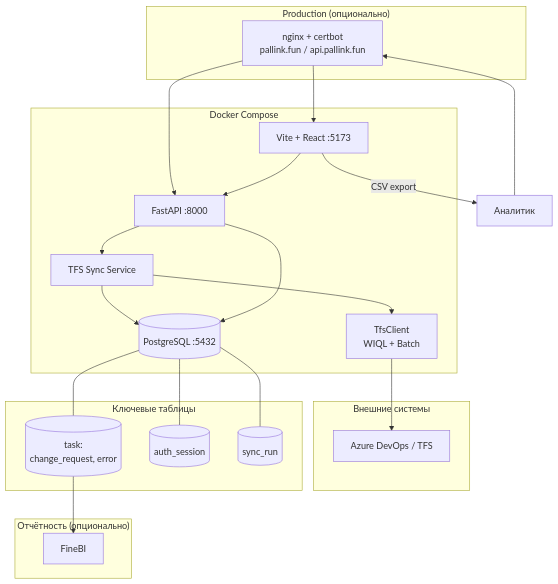
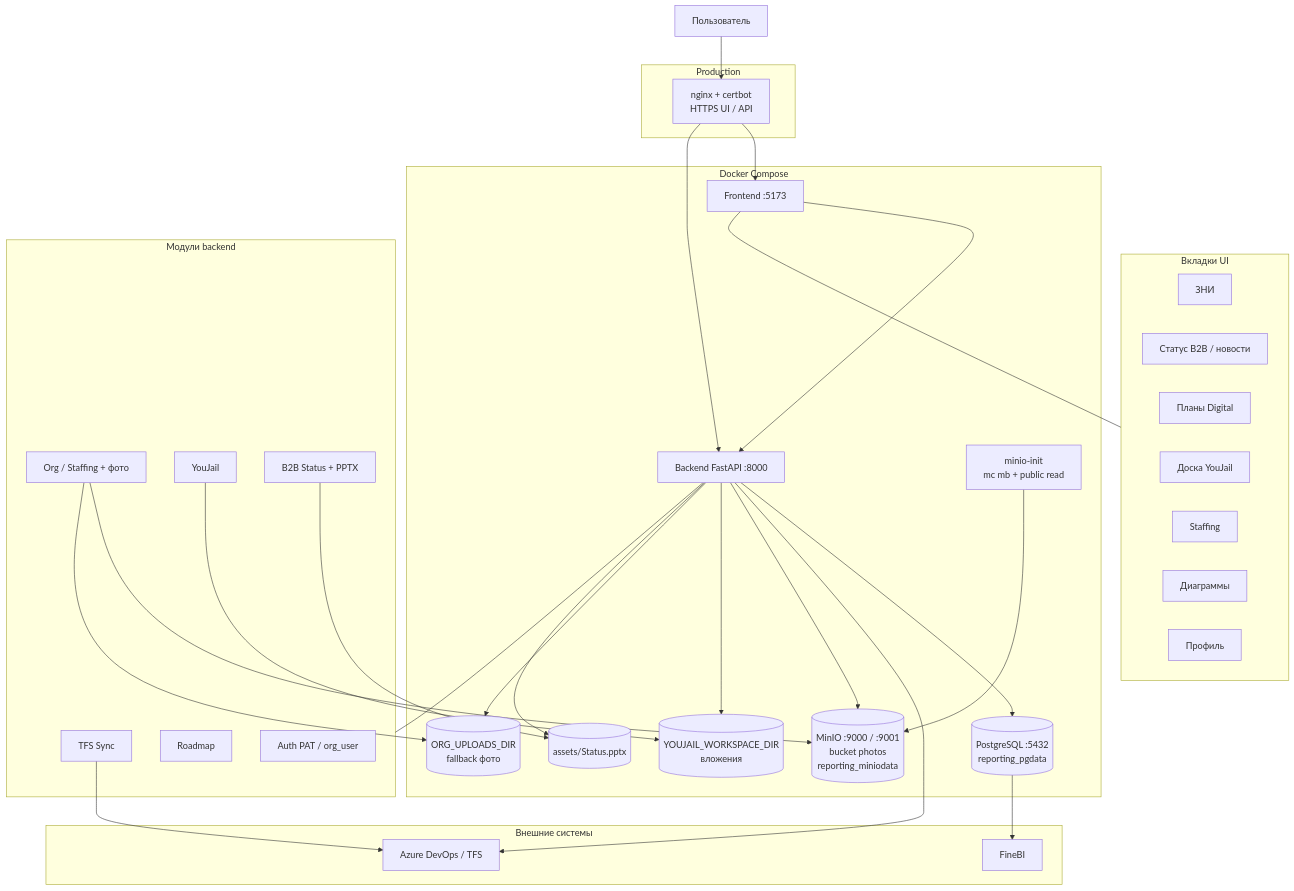
One commit to volchonok16/reporting changed the first of 9 diagrams in docs/diagrams.md. Above: the diagram before and after it, drawn with Mermaid. The commit also changed other lines of this file and 36 other files, not shown here.

````diff
--- a/docs/diagrams.md
+++ b/docs/diagrams.md
@@ -24,45 +32,64 @@
 ```mermaid
 flowchart TB
     subgraph External["Внешние системы"]
         TFS[Azure DevOps / TFS]
+        FineBI[FineBI]
     end
 
-    subgraph Prod["Production (опционально)"]
-        NGINX[nginx + certbot\npallink.fun / api.pallink.fun]
+    subgraph Prod["Production"]
+        NGINX[nginx + certbot\nHTTPS UI / API]
     end
 
     subgraph App["Docker Compose"]
-        FE[Vite + React :5173]
-        API[FastAPI :8000]
-        Sync[TFS Sync Service]
-        Client[TfsClient\nWIQL + Batch]
-        PG[(PostgreSQL :5432)]
+        FE[Frontend :5173]
+        API[Backend FastAPI :8000]
+        PG[(PostgreSQL :5432\nreporting_pgdata)]
+        MinIO[(MinIO :9000 / :9001\nbucket photos\nreporting_miniodata)]
+        MinInit[minio-init\nmc mb + public read]
+        YJFS[("YOUJAIL_WORKSPACE_DIR\nвложения")]
+        Uploads[("ORG_UPLOADS_DIR\nfallback фото")]
+        Tpl[("assets/Status.pptx")]
     end
 
-    Analyst[Аналитик] --> NGINX
+    User[Пользователь] --> NGINX
     NGINX --> FE
     NGINX --> API
     FE --> API
-    API --> Sync
-    Sync --> Client
-    Client --> TFS
-    Sync --> PG
+
     API --> PG
+    API --> TFS
+    API --> MinIO
+    API --> YJFS
+    API --> Uploads
+    API --> Tpl
+    MinInit --> MinIO
+    PG --> FineBI
 
-    subgraph Storage["Ключевые таблицы"]
-        Task[(task:\nchange_request, error)]
-        Auth[(auth_session)]
-        SyncRun[(sync_run)]
+    subgraph Modules["Модули backend"]
+        Sync[TFS Sync]
+        Org[Org / Staffing + фото]
+        YJ[YouJail]
+        B2B[B2B Status + PPTX]
+        Road[Roadmap]
+        Auth[Auth PAT / org_user]
     end
 
-    PG --- Task
-    PG --- Auth
-    PG --- SyncRun
+    API --- Modules
+    Org --> MinIO
+    Org --> Uploads
+    YJ --> YJFS
+    B2B --> Tpl
+    Sync --> TFS
 
-    subgraph BI["Отчётность (опционально)"]
-        FineBI[FineBI]
+    subgraph Tabs["Вкладки UI"]
+        S1[ЗНИ]
+        S2[Статус B2B / новости]
+        S3[Планы Digital]
+        S4[Доска YouJail]
+        S5[Staffing]
+        S6[Диаграммы]
+        S7[Профиль]
     end
 
-    Task --> FineBI
-    FE -->|CSV export| Analyst
+    FE --- Tabs
 ```
````
